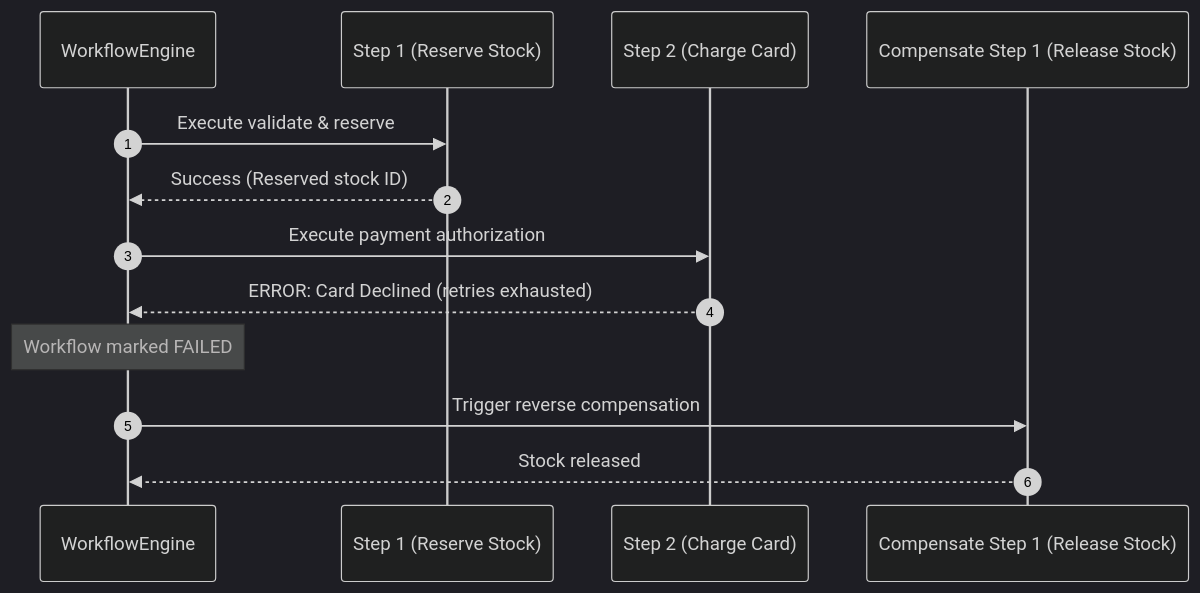
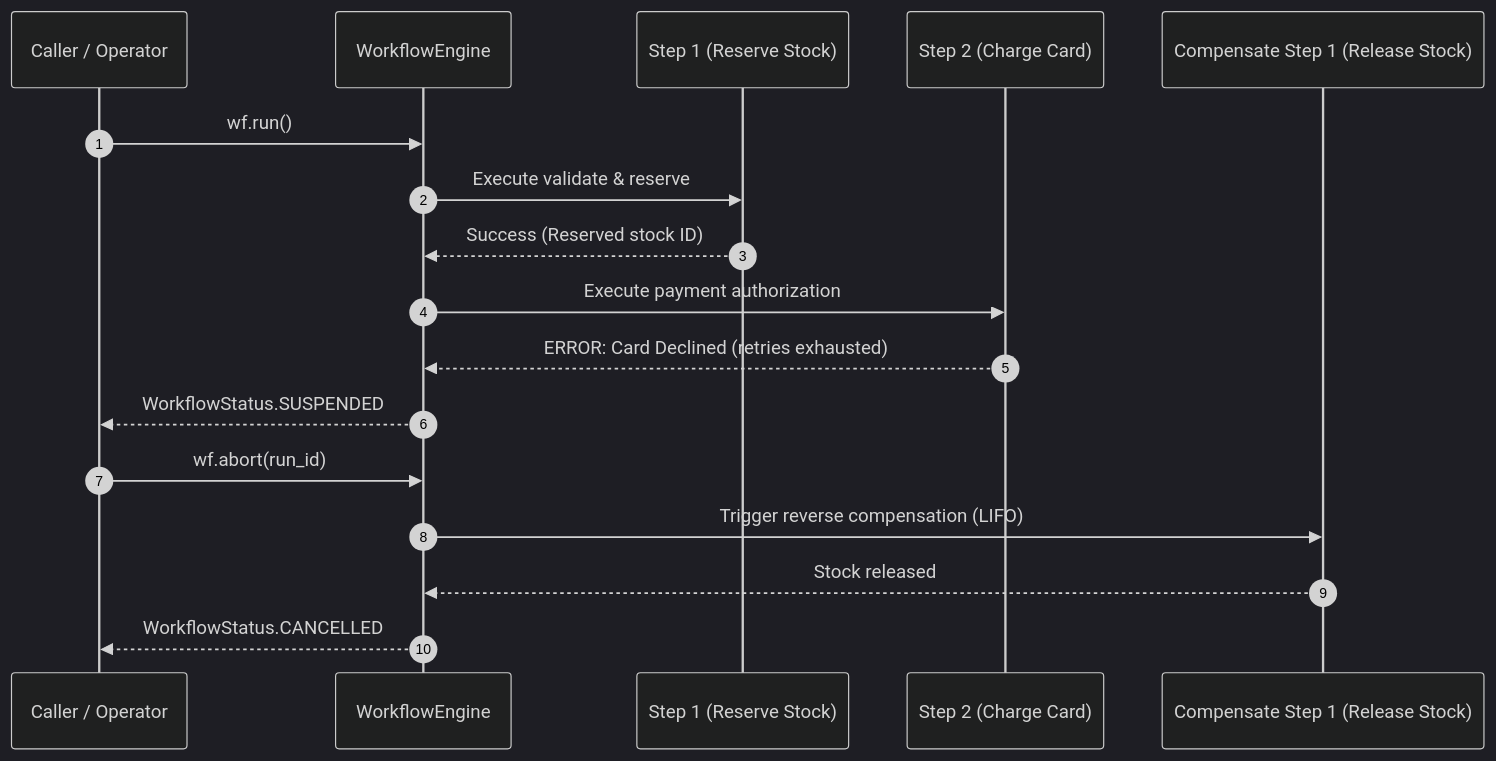
Before and after one commit to TheTrueSCU/hexaflow: the third of 3 diagrams in docs/architecture.md, drawn with Mermaid (dark theme). The commit also changed other lines of this file and 9 other files, not shown here.

````diff
--- a/docs/architecture.md
+++ b/docs/architecture.md
@@ -131,16 +140,20 @@
 ```mermaid
 sequenceDiagram
     autonumber
+    participant Caller as Caller / Operator
     participant Engine as WorkflowEngine
     participant Step1 as Step 1 (Reserve Stock)
     participant Step2 as Step 2 (Charge Card)
     participant Comp1 as Compensate Step 1 (Release Stock)
 
+    Caller->>Engine: wf.run()
     Engine->>Step1: Execute validate & reserve
     Step1-->>Engine: Success (Reserved stock ID)
     Engine->>Step2: Execute payment authorization
     Step2-->>Engine: ERROR: Card Declined (retries exhausted)
-    Note over Engine: Workflow marked FAILED
-    Engine->>Comp1: Trigger reverse compensation
+    Engine-->>Caller: WorkflowStatus.SUSPENDED
+    Caller->>Engine: wf.abort(run_id)
+    Engine->>Comp1: Trigger reverse compensation (LIFO)
     Comp1-->>Engine: Stock released
+    Engine-->>Caller: WorkflowStatus.CANCELLED
 ```
````
